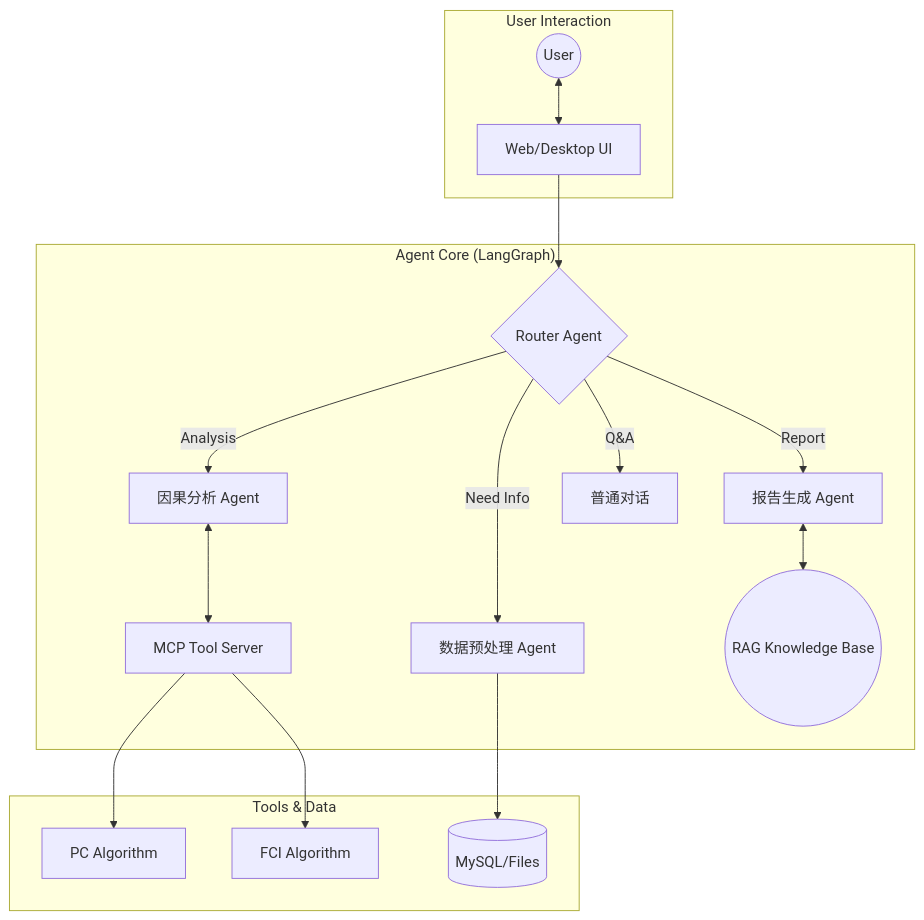
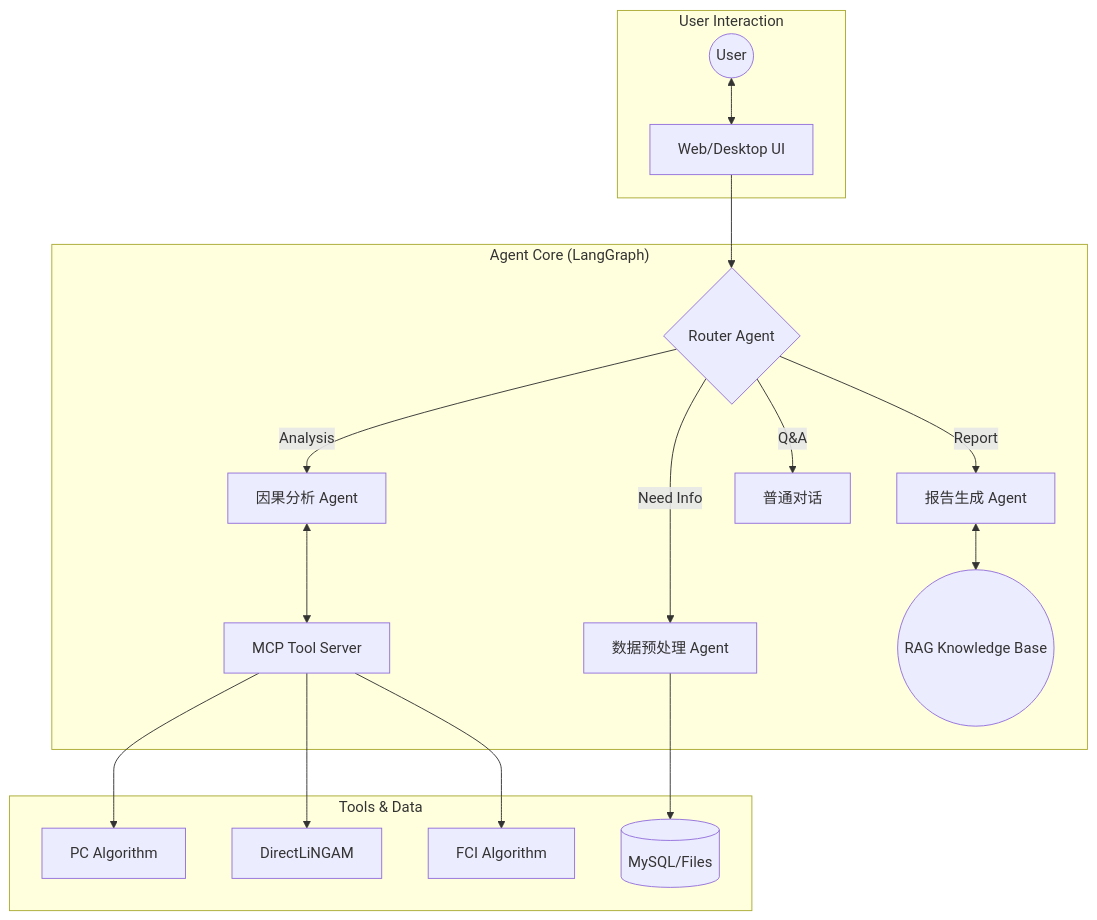
Before and after one commit to Heyflyingpig/CausalAgent: the diagram in README.md, drawn with Mermaid. The commit also changed other lines of this file and 22 other files, not shown here.

````diff
--- a/README.md
+++ b/README.md
@@ -106,24 +106,25 @@
 ```mermaid
 graph TD;
     subgraph "User Interaction"
         Human((User)) <--> UI[Web/Desktop UI]
     end
 
     subgraph "Agent Core (LangGraph)"
         UI --> Router{Router Agent}
         Router -->|Need Info| Pre[数据预处理 Agent]
         Router -->|Analysis| Causal[因果分析 Agent]
         Router -->|Report| Writer[报告生成 Agent]
         Router -->|Q&A| Chat[普通对话]
 
         Causal <--> MCP[MCP Tool Server]
         Writer <--> RAG((RAG Knowledge Base))
     end
 
     subgraph "Tools & Data"
         MCP --> PC[PC Algorithm]
+        MCP --> DirectLiNGAM[DirectLiNGAM]
         MCP --> FCI[FCI Algorithm]
         Pre --> Data[(MySQL/Files)]
     end
 
 ```
````
